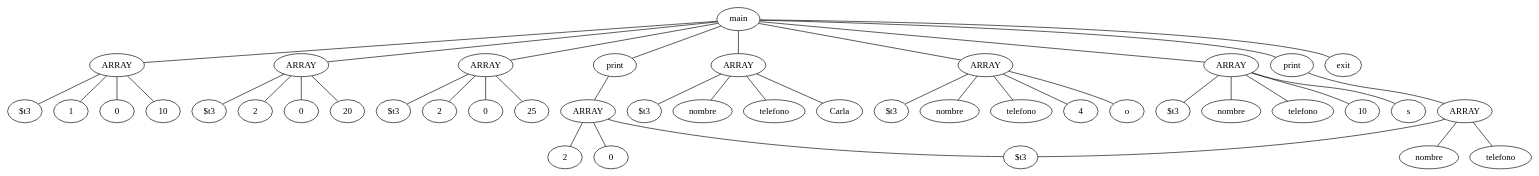
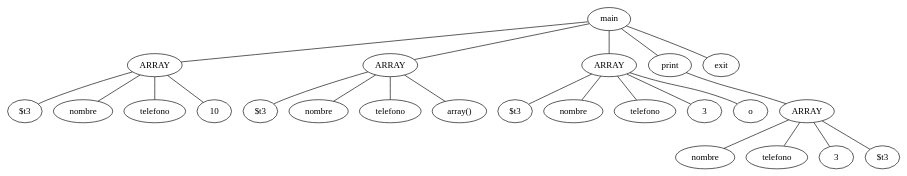
One commit to LudwinGit/Augus changed the diagram in Graph.gv. Above: the diagram before and after it, drawn with Graphviz. The commit also changed 4 other files, not shown here.

```diff
--- a/Graph.gv
+++ b/Graph.gv
@@ -1,87 +1,48 @@
 graph {
-	70 [label="$t3"]
-	71 [label=1]
-	72 [label=0]
-	73 [label=10]
-	74 [label=ARRAY]
-	74 -- 70
-	74 -- 71
-	74 -- 72
-	74 -- 73
-	75 [label="$t3"]
-	76 [label=2]
-	77 [label=0]
-	78 [label=20]
-	79 [label=ARRAY]
-	79 -- 75
-	79 -- 76
-	79 -- 77
-	79 -- 78
-	80 [label="$t3"]
-	81 [label=2]
-	82 [label=0]
-	83 [label=25]
-	84 [label=ARRAY]
-	84 -- 80
-	84 -- 81
-	84 -- 82
-	84 -- 83
-	85 [label=2]
-	86 [label=0]
-	87 [label=ARRAY]
-	87 -- "$t3"
-	87 -- 85
-	87 -- 86
-	88 [label=print]
-	88 -- 87
-	89 [label="$t3"]
-	90 [label=nombre]
-	91 [label=telefono]
-	92 [label=Carla]
-	93 [label=ARRAY]
-	93 -- 89
-	93 -- 90
-	93 -- 91
-	93 -- 92
-	94 [label="$t3"]
-	95 [label=nombre]
-	96 [label=telefono]
-	97 [label=4]
-	98 [label=o]
-	99 [label=ARRAY]
-	99 -- 94
-	99 -- 95
-	99 -- 96
-	99 -- 97
-	99 -- 98
-	100 [label="$t3"]
-	101 [label=nombre]
-	102 [label=telefono]
-	103 [label=10]
-	104 [label=s]
-	105 [label=ARRAY]
-	105 -- 100
-	105 -- 101
-	105 -- 102
-	105 -- 103
-	105 -- 104
-	106 [label=nombre]
-	107 [label=telefono]
-	108 [label=ARRAY]
-	108 -- "$t3"
-	108 -- 106
-	108 -- 107
-	109 [label=print]
-	109 -- 108
-	110 [label=exit]
-	111 [label=main]
-	111 -- 74
-	111 -- 79
-	111 -- 84
-	111 -- 88
-	111 -- 93
-	111 -- 99
-	111 -- 105
-	111 -- 109
-	111 -- 110
+	22 [label="$t3"]
+	23 [label=nombre]
+	24 [label=telefono]
+	25 [label=10]
+	26 [label=ARRAY]
+	26 -- 22
+	26 -- 23
+	26 -- 24
+	26 -- 25
+	27 [label="$t3"]
+	28 [label=nombre]
+	29 [label=telefono]
+	30 [label="array()"]
+	31 [label=ARRAY]
+	31 -- 27
+	31 -- 28
+	31 -- 29
+	31 -- 30
+	32 [label="$t3"]
+	33 [label=nombre]
+	34 [label=telefono]
+	35 [label=3]
+	36 [label=o]
+	37 [label=ARRAY]
+	37 -- 32
+	37 -- 33
+	37 -- 34
+	37 -- 35
+	37 -- 36
+	38 [label=nombre]
+	39 [label=telefono]
+	40 [label=3]
+	41 [label=ARRAY]
+	41 -- "$t3"
+	41 -- 38
+	41 -- 39
+	41 -- 40
+	42 [label=print]
+	42 -- 41
+	43 [label=exit]
+	44 [label=main]
+	44 -- 26
+	44 -- 31
+	44 -- 37
+	44 -- 42
+	44 -- 43
 }
```
